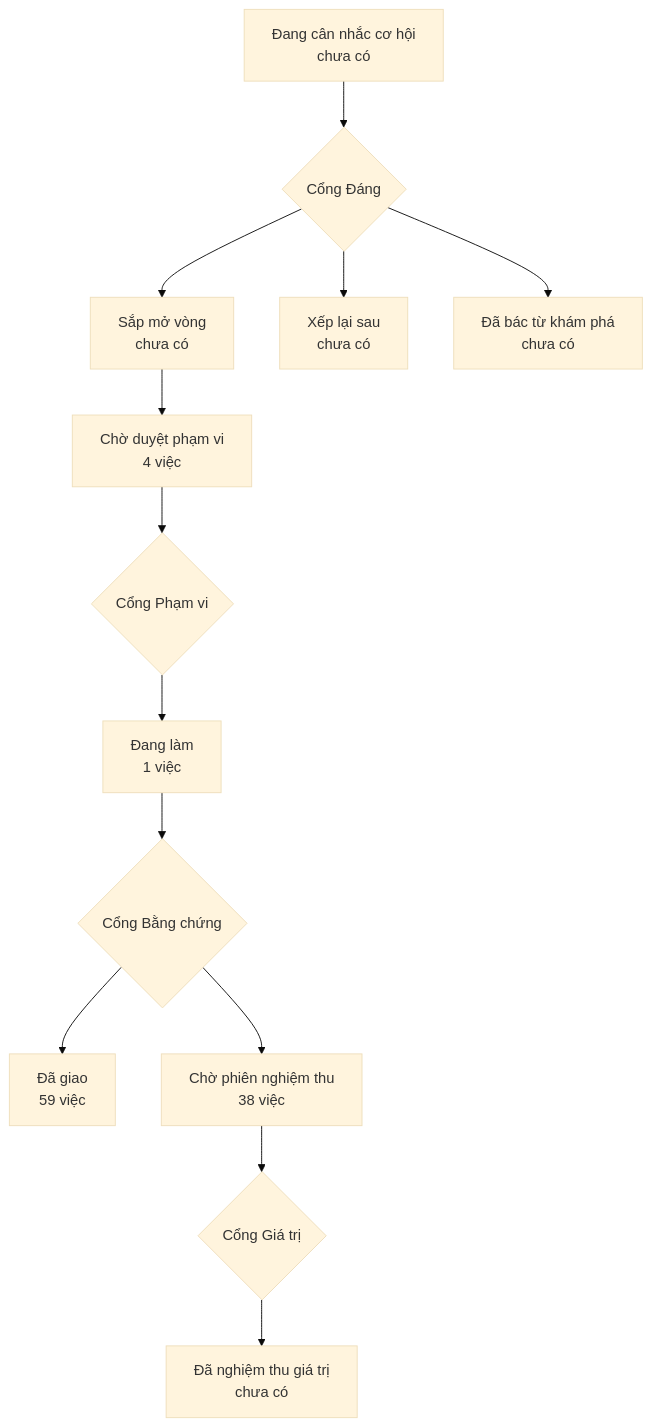
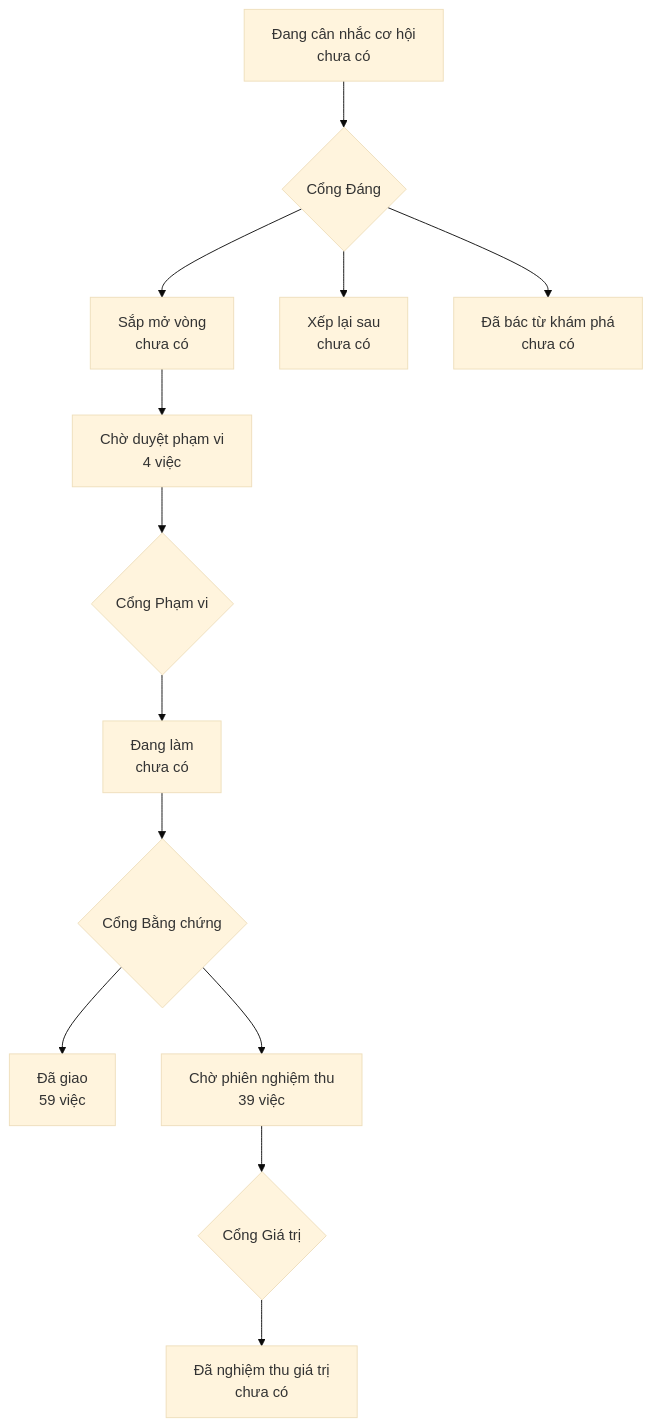
The diagram in PRODUCT-MAP.md (phanlemanh/onehub-invest), drawn with Mermaid (base theme) before and after one commit. The commit also changed other lines of this file and 4 other files, not shown here.

````diff
--- a/PRODUCT-MAP.md
+++ b/PRODUCT-MAP.md
@@ -7,12 +7,12 @@
 ```mermaid
 flowchart TD
   A["Đang cân nhắc cơ hội<br/>chưa có"] --> GD{"Cổng Đáng"}
   GD --> B["Sắp mở vòng<br/>chưa có"]
   GD --> XL["Xếp lại sau<br/>chưa có"]
   GD --> DB["Đã bác từ khám phá<br/>chưa có"]
   B --> CD["Chờ duyệt phạm vi<br/>4 việc"] --> GP{"Cổng Phạm vi"}
-  GP --> DL["Đang làm<br/>1 việc"] --> GB{"Cổng Bằng chứng"}
+  GP --> DL["Đang làm<br/>chưa có"] --> GB{"Cổng Bằng chứng"}
   GB --> DG["Đã giao<br/>59 việc"]
-  GB --> CN["Chờ phiên nghiệm thu<br/>38 việc"] --> GG{"Cổng Giá trị"}
+  GB --> CN["Chờ phiên nghiệm thu<br/>39 việc"] --> GG{"Cổng Giá trị"}
   GG --> NT["Đã nghiệm thu giá trị<br/>chưa có"]
 ```
````
